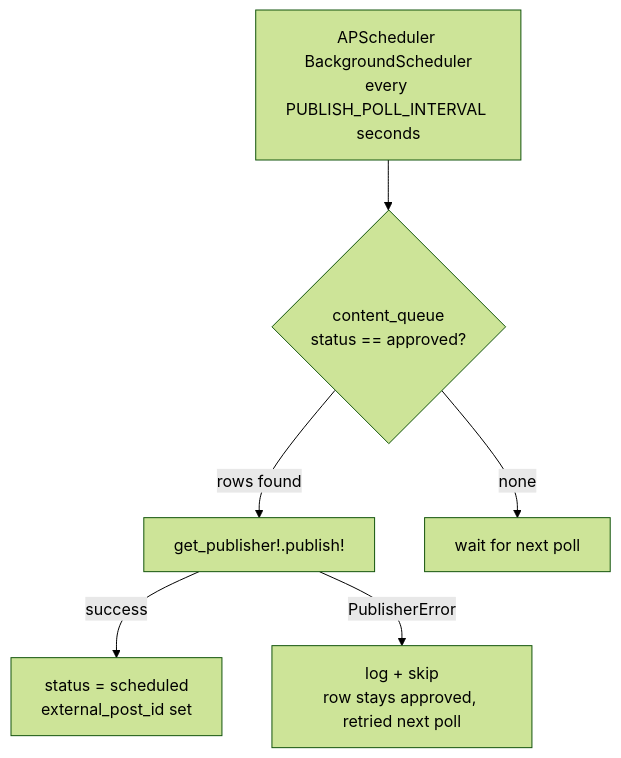
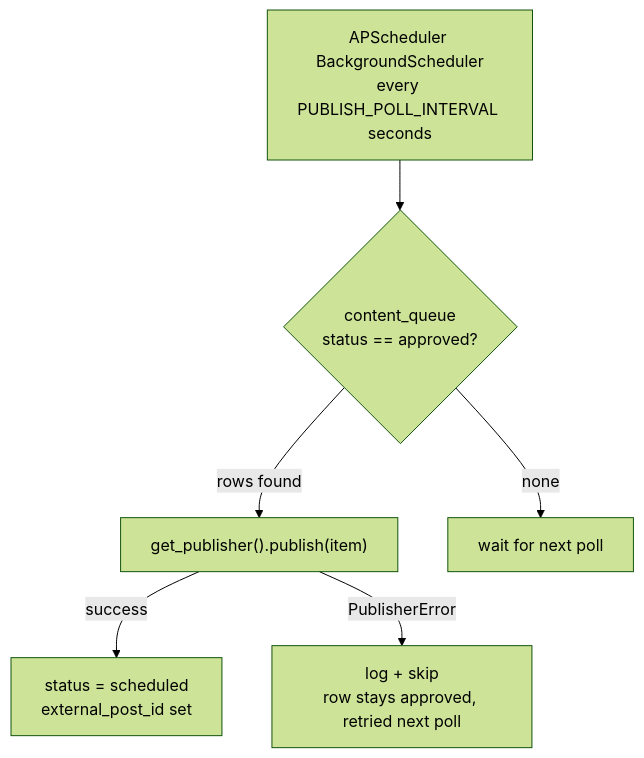
The seventh of 8 diagrams in docs/architecture.md (Prarabdha7/GCICI26), drawn with Mermaid (forest theme) before and after one commit. The commit also changed other lines of this file and 9 other files, not shown here.

Commit message:
docs: complete architecture diagrams, demo seed script, runbook, static media endpoint, and readme

````diff
--- a/docs/architecture.md
+++ b/docs/architecture.md
@@ -213,8 +215,8 @@
 ```mermaid
 flowchart TD
     S[APScheduler BackgroundScheduler<br/>every PUBLISH_POLL_INTERVAL seconds] --> Q{content_queue<br/>status == approved?}
-    Q -- rows found --> PUB[get_publisher!.publish!]
+    Q -- rows found --> PUB["get_publisher().publish(item)"]
     PUB -- success --> UPD[status = scheduled<br/>external_post_id set]
     PUB -- PublisherError --> SKIP[log + skip<br/>row stays approved, retried next poll]
     Q -- none --> WAIT[wait for next poll]
 ```
````
